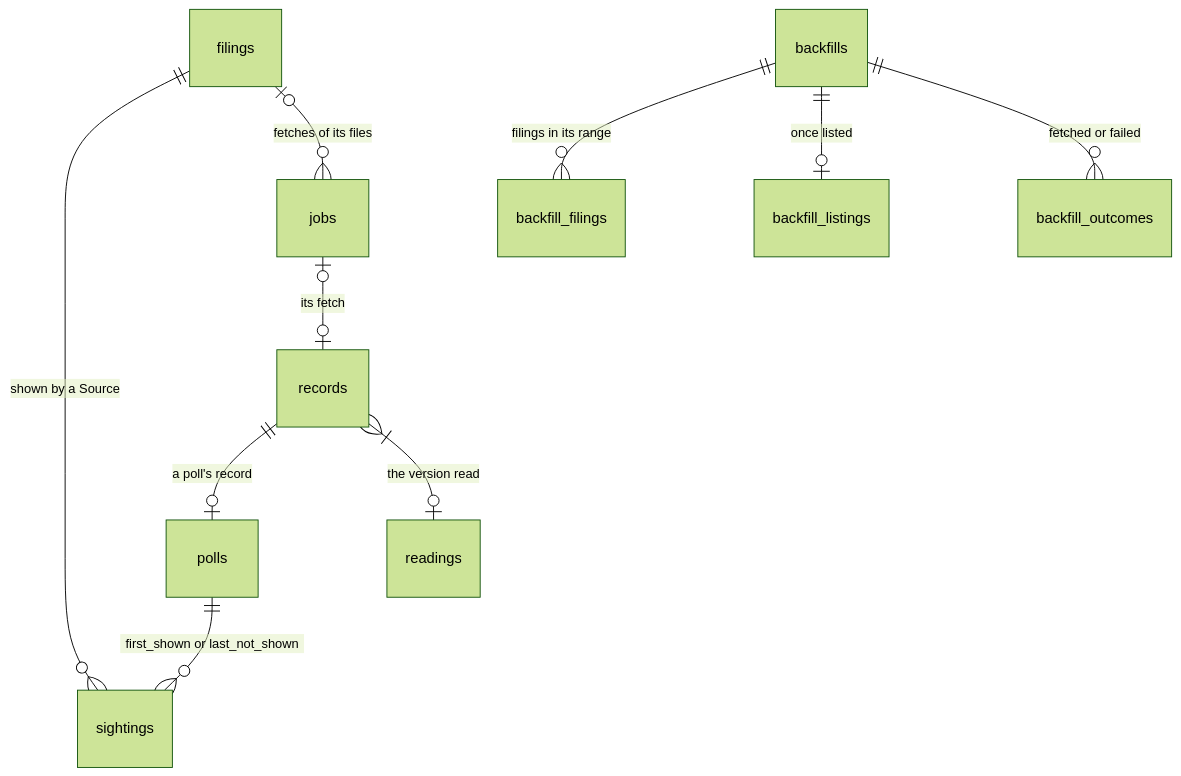
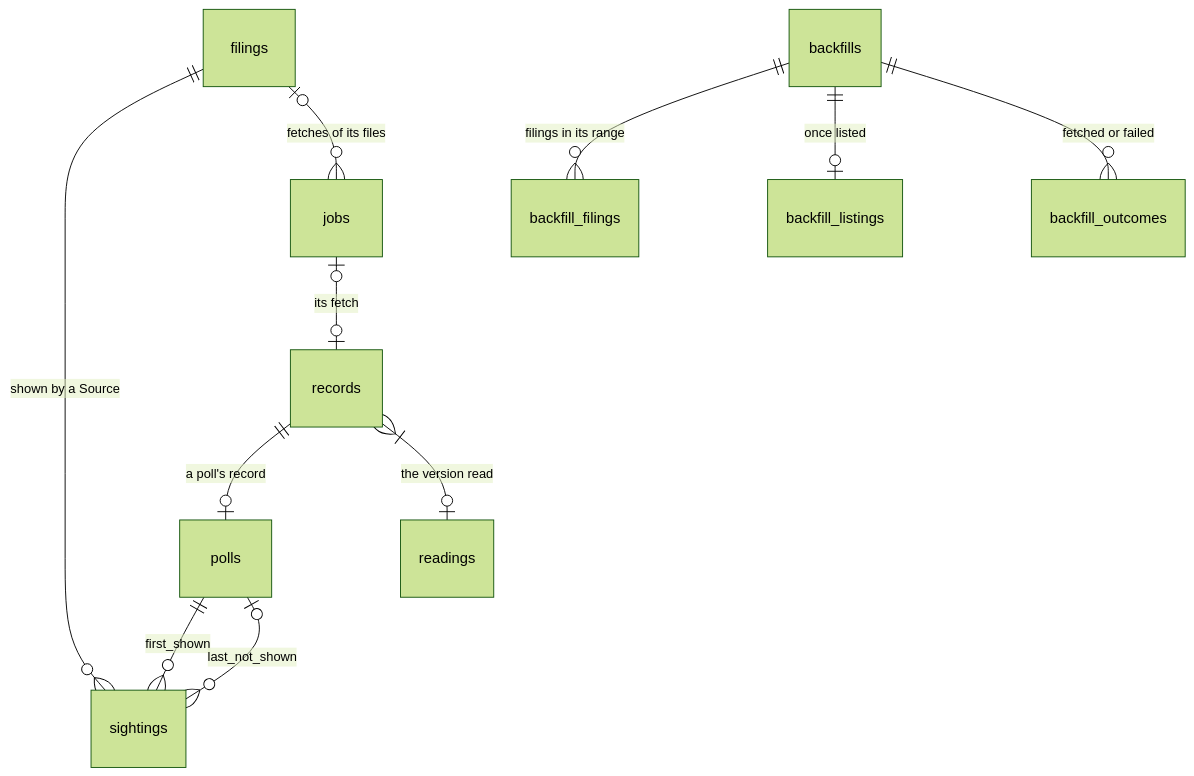
The third of 3 diagrams in docs/explanation/discoverer.md (nslaughter/edgar-data-pipeline), drawn with Mermaid (forest theme) before and after one commit. The commit also changed other lines of this file and 17 other files, not shown here.

````diff
--- a/docs/explanation/discoverer.md
+++ b/docs/explanation/discoverer.md
@@ -328,12 +329,13 @@
 ```mermaid
 erDiagram
   records ||--o| polls : "a poll's record"
-  polls ||--o{ sightings : "first_shown or last_not_shown"
+  polls ||--o{ sightings : "first_shown"
+  polls |o--o{ sightings : "last_not_shown"
   filings ||--o{ sightings : "shown by a Source"
   filings |o--o{ jobs : "fetches of its files"
   jobs |o--o| records : "its fetch"
   records }|--o| readings : "the version read"
   backfills ||--o{ backfill_filings : "filings in its range"
   backfills ||--o| backfill_listings : "once listed"
   backfills ||--o{ backfill_outcomes : "fetched or failed"
 ```
````
